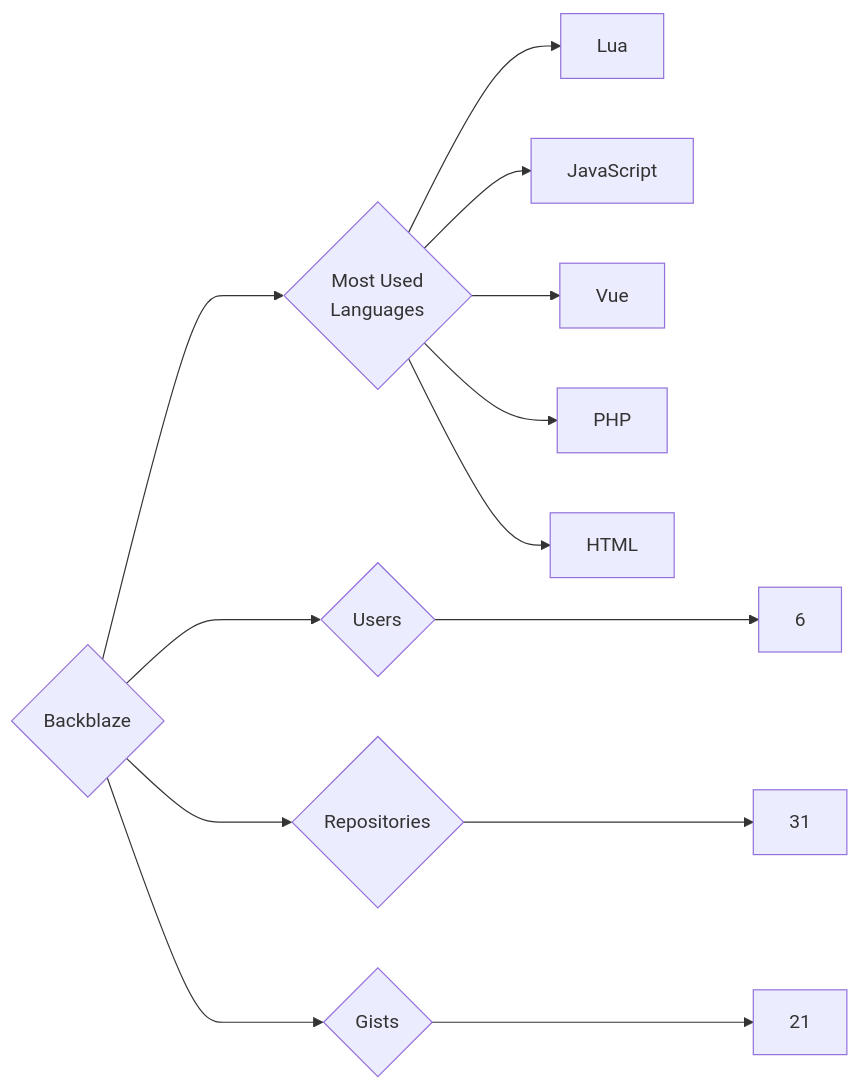
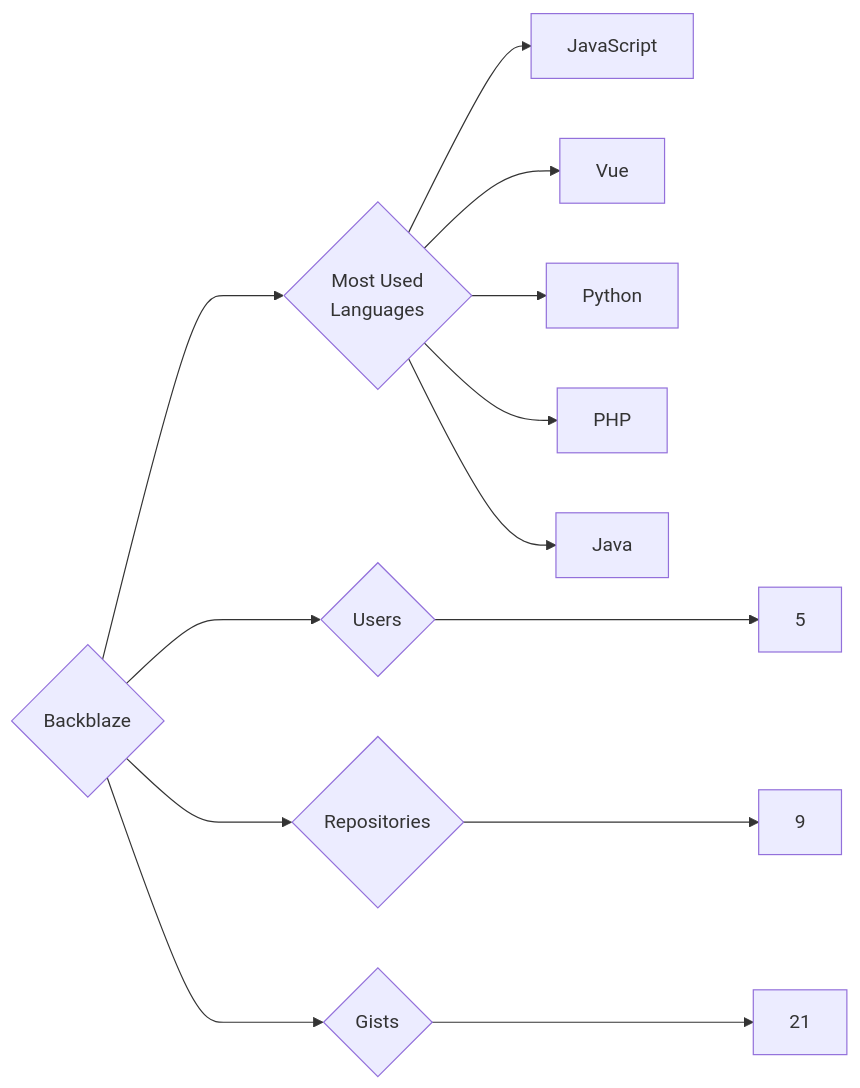
Before and after one commit to trickest/insiders: the diagram in targets/Backblaze/README.md, drawn with Mermaid. The commit also changed 1089 other files, not shown here.

````diff
--- a/targets/Backblaze/README.md
+++ b/targets/Backblaze/README.md
@@ -3,13 +3,13 @@
 ```mermaid
 graph LR
 COMPANY_NAME{Backblaze}
-COMPANY_NAME ---> U{Users} ---> UN[6]
-COMPANY_NAME ---> R{Repositories} ---> RN[31]
+COMPANY_NAME ---> U{Users} ---> UN[5]
+COMPANY_NAME ---> R{Repositories} ---> RN[9]
 COMPANY_NAME ---> G{Gists} ---> GN[21]
 COMPANY_NAME ---> ML{Most Used<br>Languages}
-ML --> Lua[Lua]
 ML --> JavaScript[JavaScript]
 ML --> Vue[Vue]
+ML --> Python[Python]
 ML --> PHP[PHP]
-ML --> HTML[HTML]
+ML --> Java[Java]
 ```
````
